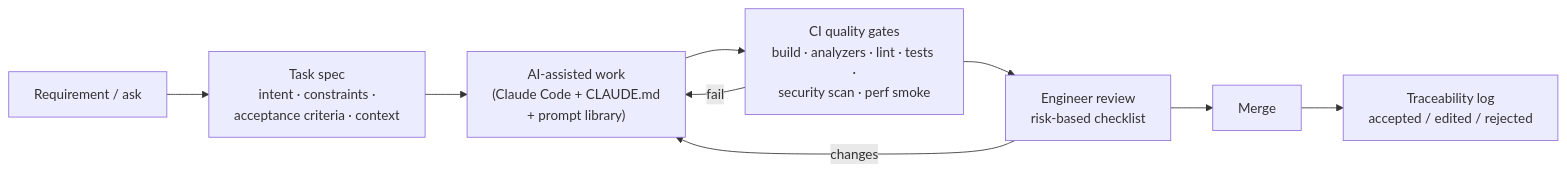
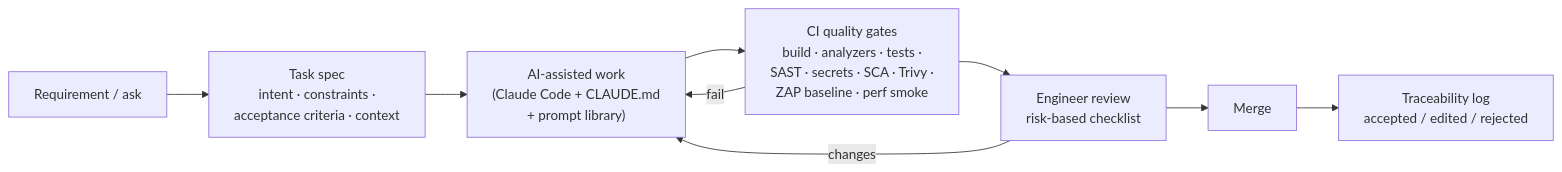
Before and after one commit to rajeshj18/url-shortener-dotnet: the fifth of 5 diagrams in docs/03-architecture.md, drawn with Mermaid. The commit also changed other lines of this file and 4 other files, not shown here.

````diff
--- a/docs/03-architecture.md
+++ b/docs/03-architecture.md
@@ -219,11 +219,11 @@
 ```mermaid
 flowchart LR
     req["Requirement / ask"] --> spec["Task spec<br/>intent · constraints ·<br/>acceptance criteria · context"]
     spec --> ai["AI-assisted work<br/>(Claude Code + CLAUDE.md<br/>+ prompt library)"]
-    ai --> gates["CI quality gates<br/>build · analyzers · lint · tests ·<br/>security scan · perf smoke"]
+    ai --> gates["CI quality gates<br/>build · analyzers · tests ·<br/>SAST · secrets · SCA · Trivy ·<br/>ZAP baseline · perf smoke"]
     gates -->|fail| ai
     gates --> review["Engineer review<br/>risk-based checklist"]
     review -->|changes| ai
     review --> merge["Merge"]
     merge --> log["Traceability log<br/>accepted / edited / rejected"]
 ```
````
